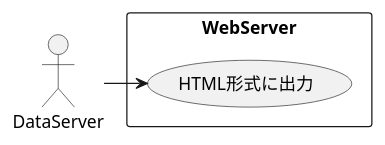
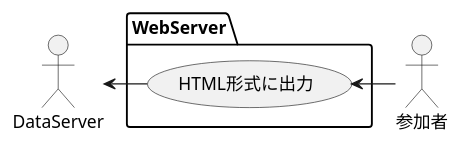
Before and after one commit to H28KoyosaiInfo/Design: the diagram in WebServer.pu, drawn with PlantUML. The commit also changed 6 other files, not shown here.

```diff
--- a/WebServer.pu
+++ b/WebServer.pu
@@ -2,13 +2,14 @@
 @startuml
   actor DataServer
-  rectangle WebServer{
-        usecase HTML形式に出力
+  package WebServer{
+        usecase HTML形式に出力 as HTML
 
 
 
   }
 
 'link'
-DataServer->HTML形式に出力
+DataServer<-HTML
+HTML<-参加者
 
 @enduml
```
